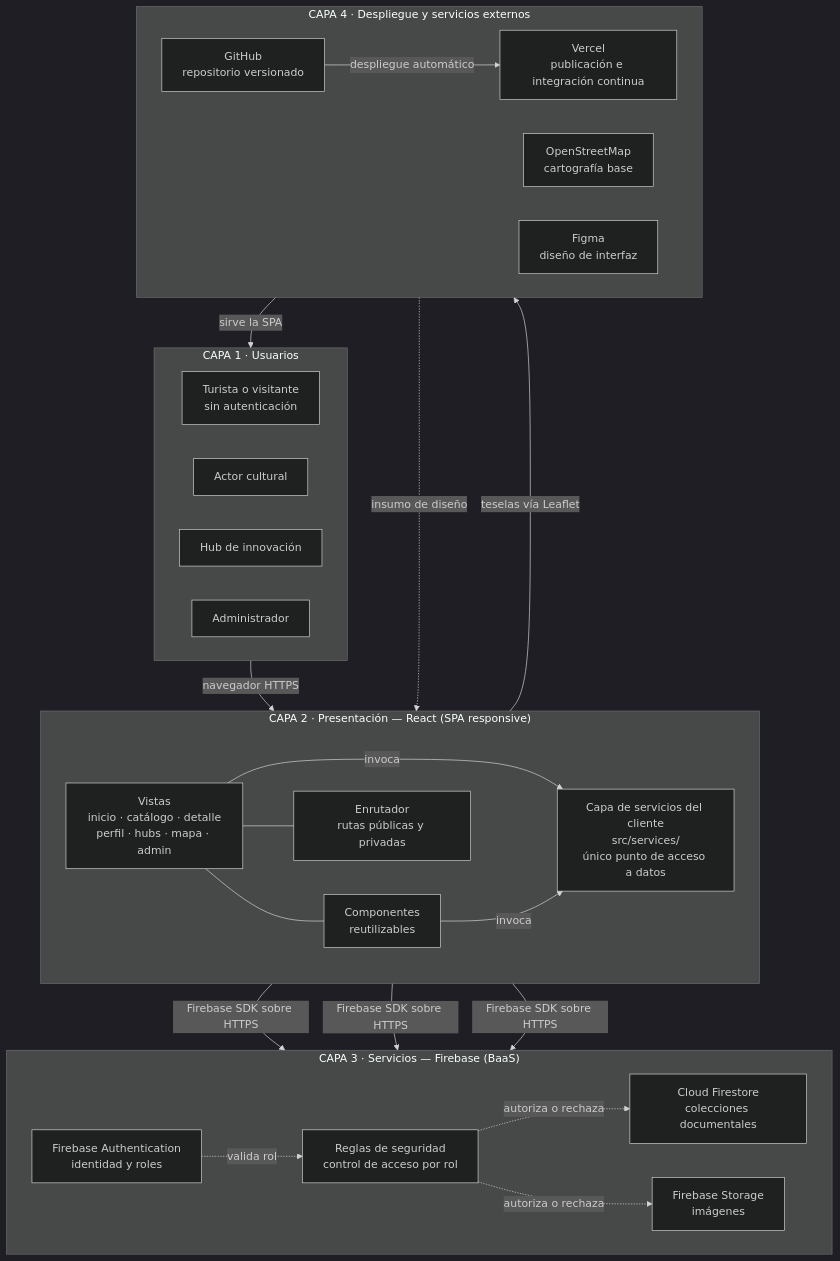
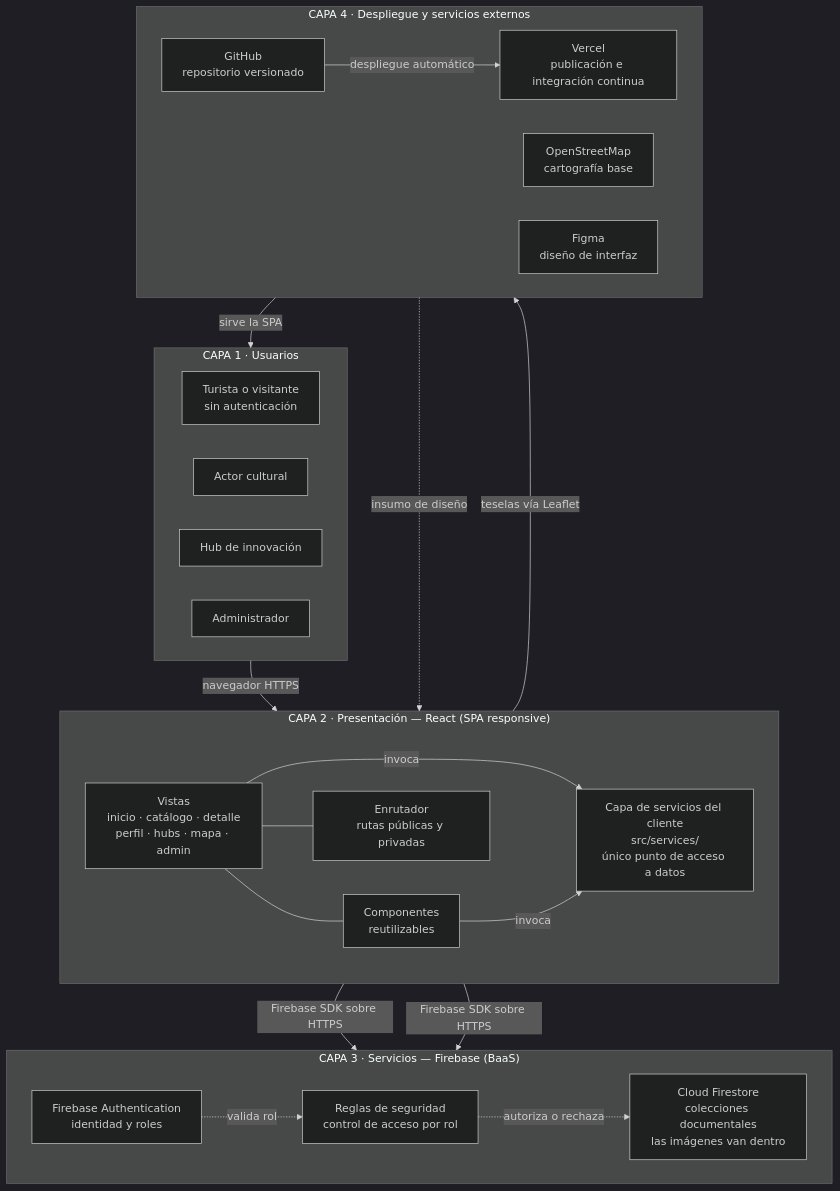
One commit to Petulio14/hub-cultural-santa-marta changed the diagram in docs/03-arquitectura.md. Above: the diagram before and after it, drawn with Mermaid (dark theme). The commit also changed other lines of this file and 6 other files, not shown here.

````diff
--- a/docs/03-arquitectura.md
+++ b/docs/03-arquitectura.md
@@ -18,50 +18,47 @@
 ```mermaid
 flowchart TB
     subgraph L1["CAPA 1 · Usuarios"]
         direction LR
         U1["Turista o visitante<br/>sin autenticación"]
         U2["Actor cultural"]
         U3["Hub de innovación"]
         U4["Administrador"]
     end
 
     subgraph L2["CAPA 2 · Presentación — React (SPA responsive)"]
         direction LR
         V["Vistas<br/>inicio · catálogo · detalle<br/>perfil · hubs · mapa · admin"]
         C["Componentes<br/>reutilizables"]
         R["Enrutador<br/>rutas públicas y privadas"]
         S["Capa de servicios del cliente<br/>src/services/<br/>único punto de acceso a datos"]
     end
 
     subgraph L3["CAPA 3 · Servicios — Firebase (BaaS)"]
         direction LR
         A["Firebase Authentication<br/>identidad y roles"]
-        F["Cloud Firestore<br/>colecciones documentales"]
-        St["Firebase Storage<br/>imágenes"]
+        F["Cloud Firestore<br/>colecciones documentales<br/>las imágenes van dentro"]
         Rg["Reglas de seguridad<br/>control de acceso por rol"]
     end
 
     subgraph L4["CAPA 4 · Despliegue y servicios externos"]
         direction LR
         Ve["Vercel<br/>publicación e integración continua"]
         Gh["GitHub<br/>repositorio versionado"]
         Os["OpenStreetMap<br/>cartografía base"]
         Fi["Figma<br/>diseño de interfaz"]
     end
 
     L1 -->|"navegador HTTPS"| V
     V --- C
     V --- R
     V -->|"invoca"| S
     C -->|"invoca"| S
     S -->|"Firebase SDK sobre HTTPS"| A
     S -->|"Firebase SDK sobre HTTPS"| F
-    S -->|"Firebase SDK sobre HTTPS"| St
     A -.->|"valida rol"| Rg
     Rg -.->|"autoriza o rechaza"| F
-    Rg -.->|"autoriza o rechaza"| St
     Gh -->|"despliegue automático"| Ve
     Ve -->|"sirve la SPA"| L1
     S -->|"teselas vía Leaflet"| Os
     Fi -.->|"insumo de diseño"| V
 ```
````
